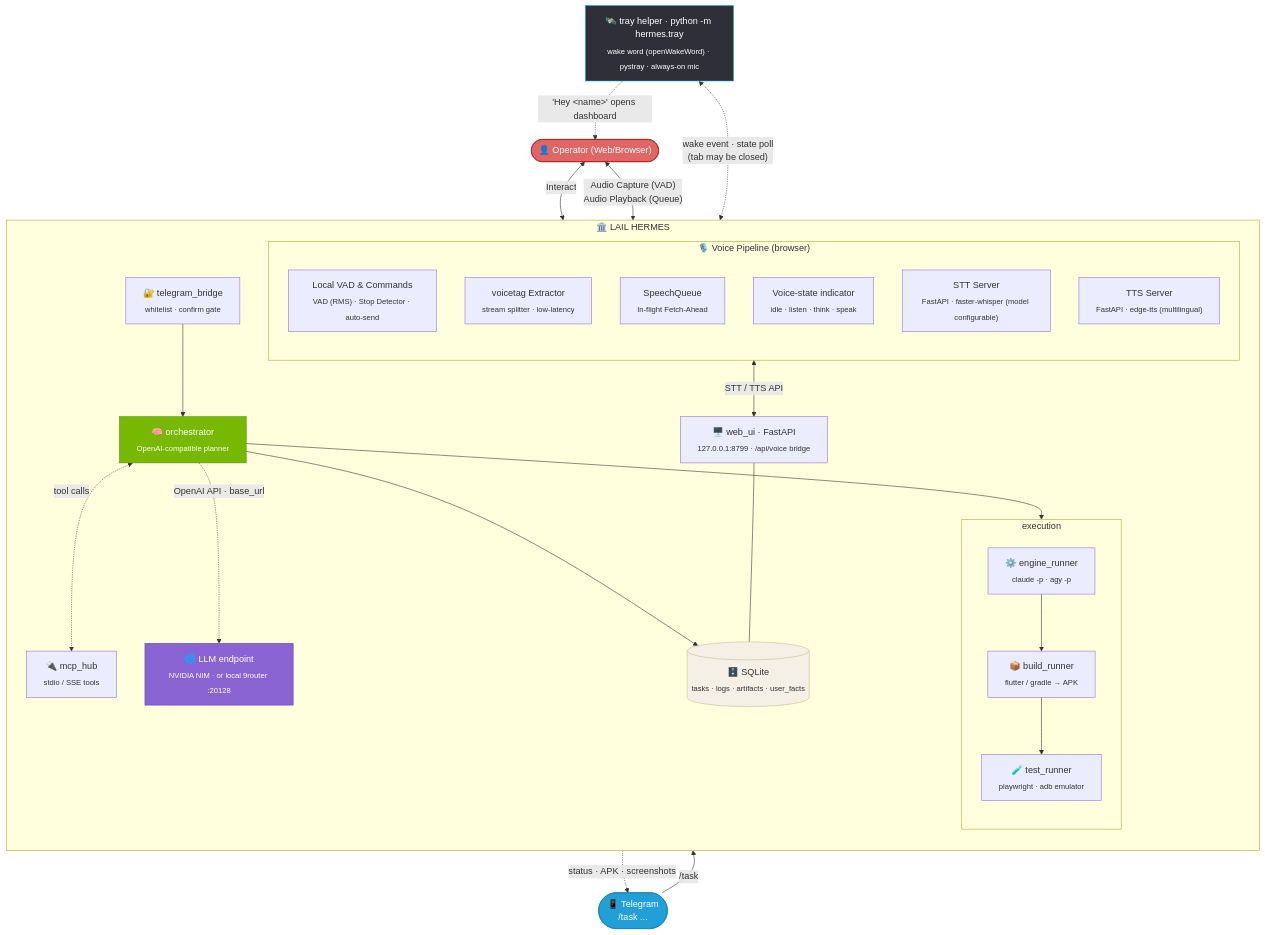
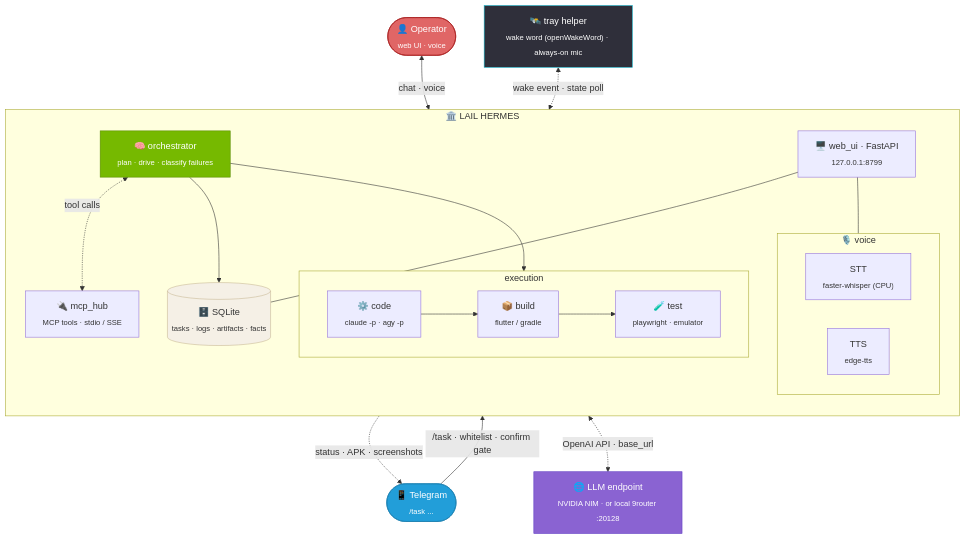
The diagram in README.md (farisqlail/lail-hermes-agent), drawn with Mermaid before and after one commit. The commit also changed other lines of this file, not shown here.

````diff
--- a/README.md
+++ b/README.md
@@ -43,65 +42,53 @@
 ```mermaid
 flowchart TD
-    TG(["📱 Telegram<br/>/task ..."])
-    OP(["👤 Operator (Web/Browser)"])
+    TG(["📱 Telegram<br/><sub>/task ...</sub>"])
+    OP(["👤 Operator<br/><sub>web UI · voice</sub>"])
     GW["🌐 LLM endpoint<br/><sub>NVIDIA NIM · or local 9router :20128</sub>"]
 
     subgraph HERMES["🏛️ LAIL HERMES"]
         direction TB
-        BR["🔐 telegram_bridge<br/><sub>whitelist · confirm gate</sub>"]
-        OR["🧠 orchestrator<br/><sub>OpenAI-compatible planner</sub>"]
-        HUB["🔌 mcp_hub<br/><sub>stdio / SSE tools</sub>"]
+        OR["🧠 orchestrator<br/><sub>plan · drive · classify failures</sub>"]
+        HUB["🔌 mcp_hub<br/><sub>MCP tools · stdio / SSE</sub>"]
 
         subgraph EXEC["execution"]
-            direction TB
-            ENG["⚙️ engine_runner<br/><sub>claude -p · agy -p</sub>"]
-            BLD["📦 build_runner<br/><sub>flutter / gradle → APK</sub>"]
-            TST["🧪 test_runner<br/><sub>playwright · adb emulator</sub>"]
-            ENG --> BLD --> TST
+            direction LR
+            ENG["⚙️ code<br/><sub>claude -p · agy -p</sub>"] --> BLD["📦 build<br/><sub>flutter / gradle</sub>"] --> TST["🧪 test<br/><sub>playwright · emulator</sub>"]
         end
 
-        subgraph VOICE_SYS["🎙️ Voice Pipeline (browser)"]
-            direction TB
-            VAD["Local VAD & Commands<br/><sub>VAD (RMS) · Stop Detector · auto-send</sub>"]
-            EXT["voicetag Extractor<br/><sub>stream splitter · low-latency</sub>"]
-            Q["SpeechQueue<br/><sub>In-flight Fetch-Ahead</sub>"]
-            IND["Voice-state indicator<br/><sub>idle · listen · think · speak</sub>"]
-            STT_SRV["STT Server<br/><sub>FastAPI · faster-whisper (model configurable)</sub>"]
-            TTS_SRV["TTS Server<br/><sub>FastAPI · edge-tts (multilingual)</sub>"]
+        subgraph VOICE["🎙️ voice"]
+            direction LR
+            STT["STT<br/><sub>faster-whisper (CPU)</sub>"]
+            TTS["TTS<br/><sub>edge-tts</sub>"]
         end
 
-        UI["🖥️ web_ui · FastAPI<br/><sub>127.0.0.1:8799 · /api/voice bridge</sub>"]
-        DB[("🗄️ SQLite<br/><sub>tasks · logs · artifacts · user_facts</sub>")]
+        UI["🖥️ web_ui · FastAPI<br/><sub>127.0.0.1:8799</sub>"]
+        DB[("🗄️ SQLite<br/><sub>tasks · logs · artifacts · facts</sub>")]
 
-        BR --> OR
+        OR --> EXEC
         OR <-.->|"tool calls"| HUB
-        OR -.->|"OpenAI API · base_url"| GW
-        OR --> EXEC
         OR --> DB
         UI --- DB
+        UI --- VOICE
     end
 
-    TRAY["🛰️ tray helper · python -m hermes.tray<br/><sub>wake word (openWakeWord) · pystray · always-on mic</sub>"]
+    TRAY["🛰️ tray helper<br/><sub>wake word (openWakeWord) · always-on mic</sub>"]
 
-    TG -->|"/task"| BR
+    TG -->|"/task · whitelist · confirm gate"| OR
     OR -.->|"status · APK · screenshots"| TG
-
-    OP <-->|"Audio Capture (VAD)<br/>Audio Playback (Queue)"| VOICE_SYS
-    VOICE_SYS <-->|"STT / TTS API"| UI
-    OP <-->|"Interact"| UI
-    TRAY <-.->|"wake event · state poll<br/>(tab may be closed)"| UI
-    TRAY -.->|"'Hey &lt;name&gt;' opens dashboard"| OP
+    OR <-.->|"OpenAI API · base_url"| GW
+    OP <-->|"chat · voice"| UI
+    TRAY <-.->|"wake event · state poll"| UI
 
     classDef ext fill:#229ED9,stroke:#1a7fb0,color:#fff
     classDef brain fill:#76B900,stroke:#5a8c00,color:#fff
     classDef store fill:#f5f0e6,stroke:#c9b896,color:#333
     classDef op fill:#e06666,stroke:#a61c1c,color:#fff
     classDef gw fill:#8a63d2,stroke:#5f3dc4,color:#fff
     classDef tray fill:#2f2f3a,stroke:#12b5cb,color:#fff
     class TG ext
     class OR brain
     class DB store
     class OP op
     class GW gw
     class TRAY tray
 ```
````
